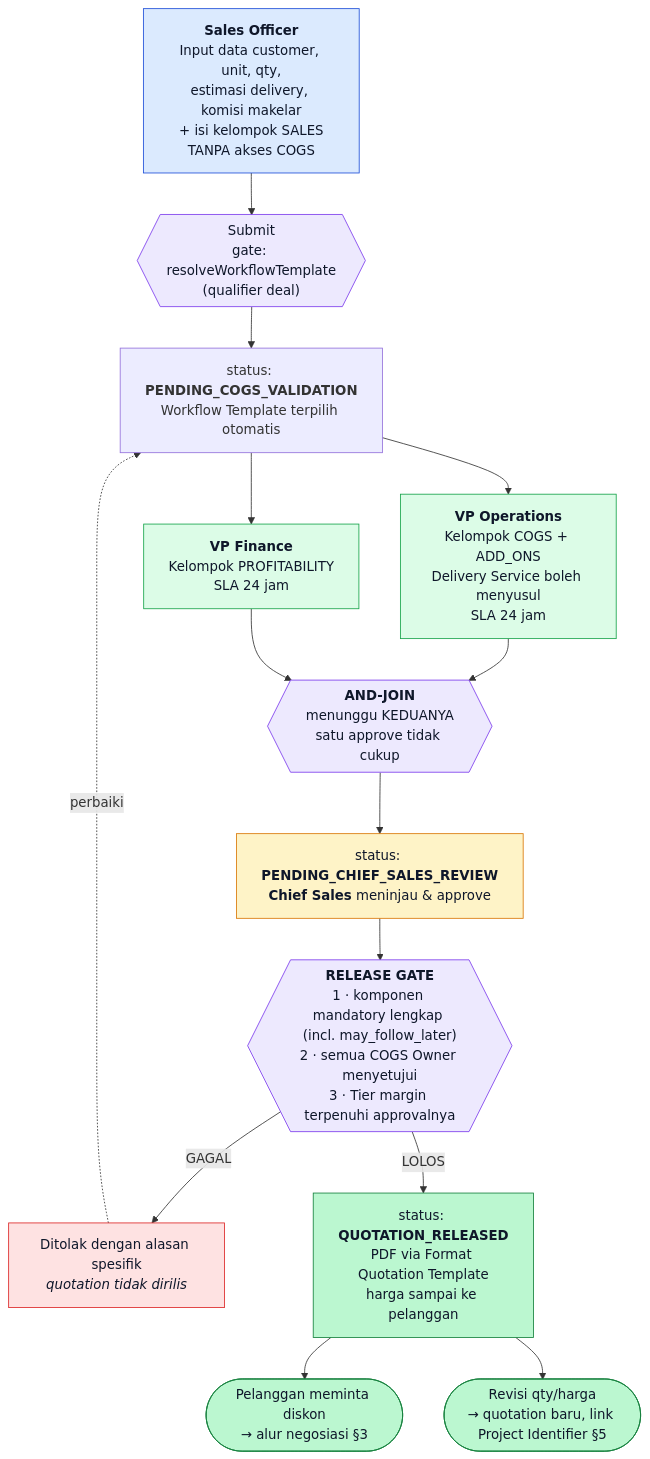
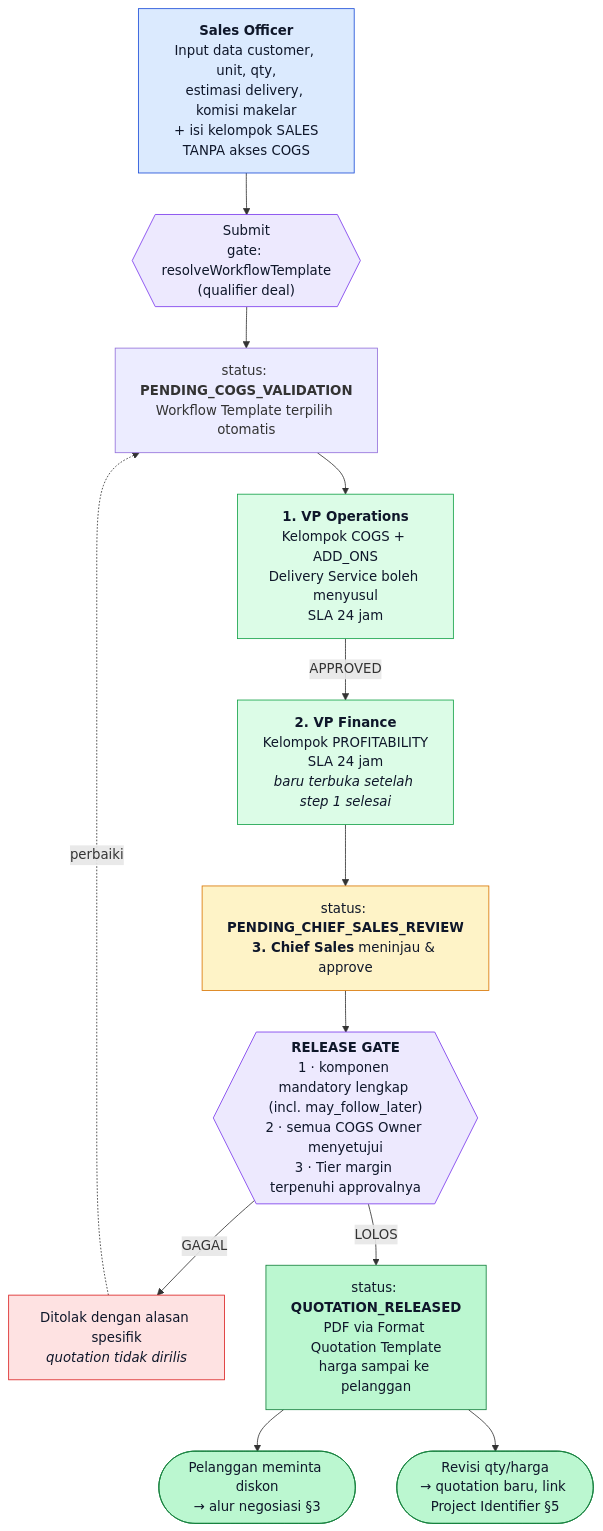
The first of 4 diagrams in docs/DEMO-FLOW-OVERVIEW.md (vince123890/dssvktr), drawn with Mermaid before and after one commit. The commit also changed other lines of this file and 3 other files, not shown here.

````diff
--- a/docs/DEMO-FLOW-OVERVIEW.md
+++ b/docs/DEMO-FLOW-OVERVIEW.md
@@ -48,37 +48,34 @@
 ```mermaid
 flowchart TD
     A["<b>Sales Officer</b><br/>Input data customer, unit, qty,<br/>estimasi delivery, komisi makelar<br/>+ isi kelompok SALES<br/>TANPA akses COGS"] --> B{{"Submit<br/>gate: resolveWorkflowTemplate<br/>(qualifier deal)"}}
 
     B --> C["status: <b>PENDING_COGS_VALIDATION</b><br/>Workflow Template terpilih otomatis"]
 
-    C --> D["<b>VP Operations</b><br/>Kelompok COGS + ADD_ONS<br/>Delivery Service boleh menyusul<br/>SLA 24 jam"]
-    C --> E["<b>VP Finance</b><br/>Kelompok PROFITABILITY<br/>SLA 24 jam"]
+    C --> D["<b>1. VP Operations</b><br/>Kelompok COGS + ADD_ONS<br/>Delivery Service boleh menyusul<br/>SLA 24 jam"]
+    D -->|APPROVED| E["<b>2. VP Finance</b><br/>Kelompok PROFITABILITY<br/>SLA 24 jam<br/><i>baru terbuka setelah step 1 selesai</i>"]
 
-    D --> F{{"<b>AND-JOIN</b><br/>menunggu KEDUANYA<br/>satu approve tidak cukup"}}
-    E --> F
-
-    F --> G["status: <b>PENDING_CHIEF_SALES_REVIEW</b><br/><b>Chief Sales</b> meninjau & approve"]
+    E --> G["status: <b>PENDING_CHIEF_SALES_REVIEW</b><br/><b>3. Chief Sales</b> meninjau & approve"]
 
     G --> H{{"<b>RELEASE GATE</b><br/>1 · komponen mandatory lengkap (incl. may_follow_later)<br/>2 · semua COGS Owner menyetujui<br/>3 · Tier margin terpenuhi approvalnya"}}
 
     H -->|GAGAL| I["Ditolak dengan alasan spesifik<br/><i>quotation tidak dirilis</i>"]
     H -->|LOLOS| J["status: <b>QUOTATION_RELEASED</b><br/>PDF via Format Quotation Template<br/>harga sampai ke pelanggan"]
 
     I -.->|perbaiki| C
     J --> K(["Pelanggan meminta diskon<br/>→ alur negosiasi §3"])
     J --> L(["Revisi qty/harga<br/>→ quotation baru, link Project Identifier §5"])
 
     classDef sales fill:#dbeafe,stroke:#1d4ed8,color:#0f172a
     classDef cogs fill:#dcfce7,stroke:#16a34a,color:#0f172a
     classDef chief fill:#fef3c7,stroke:#d97706,color:#0f172a
     classDef gate fill:#ede9fe,stroke:#7c3aed,color:#0f172a
     classDef ok fill:#bbf7d0,stroke:#15803d,color:#0f172a
     classDef bad fill:#fee2e2,stroke:#dc2626,color:#0f172a
 
     class A sales
     class D,E cogs
     class G chief
-    class B,F,H gate
+    class B,H gate
     class J,K,L ok
     class I bad
 ```
````
